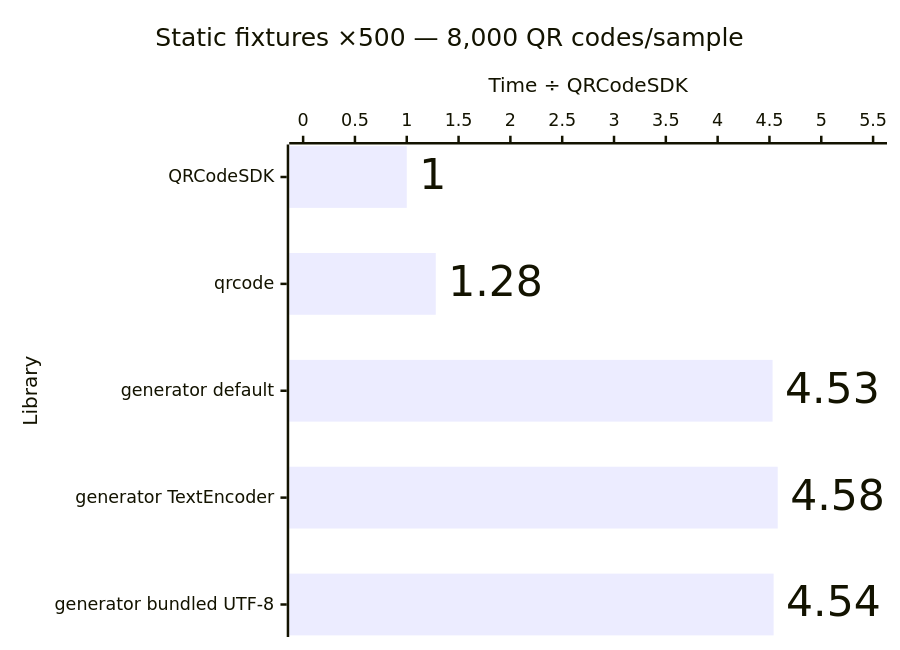
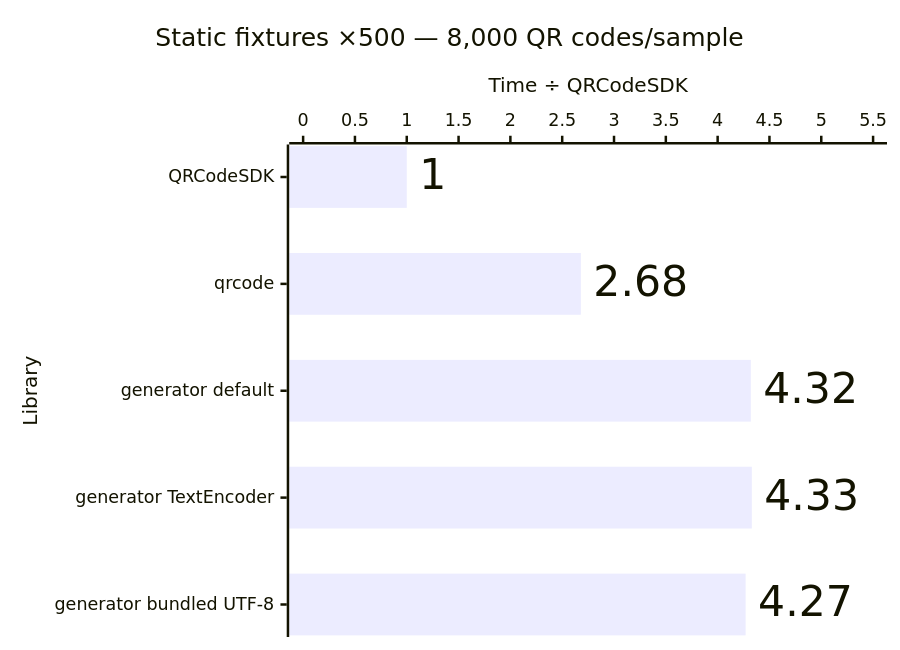
The fifth of 12 diagrams in apps/docs/src/content/docs/guides/performance.md (Dafnik/qrcodesdk), drawn with Mermaid before and after one commit. The commit also changed other lines of this file, not shown here.

````diff
--- a/apps/docs/src/content/docs/guides/performance.md
+++ b/apps/docs/src/content/docs/guides/performance.md
@@ -89,15 +89,15 @@
 ```mermaid
 ---
 config:
   xyChart:
     showDataLabel: true
     showDataLabelOutsideBar: true
 ---
 xychart horizontal
   accTitle: Matrix generation: Static fixtures ×500 — 8,000 QR codes/sample
-  accDescr: Relative median time compared with QRCodeSDK. QRCodeSDK 1.00 times, qrcode 1.28 times, generator default 4.53 times, generator TextEncoder 4.58 times, generator bundled UTF-8 4.54 times. Lower is better.
+  accDescr: Relative median time compared with QRCodeSDK. QRCodeSDK 1.00 times, qrcode 2.68 times, generator default 4.32 times, generator TextEncoder 4.33 times, generator bundled UTF-8 4.27 times. Lower is better.
   title "Static fixtures ×500 — 8,000 QR codes/sample"
   x-axis "Library" ["QRCodeSDK", "qrcode", "generator default", "generator TextEncoder", "generator bundled UTF-8"]
   y-axis "Time ÷ QRCodeSDK" 0 --> 5.5
-  bar [1.00, 1.28, 4.53, 4.58, 4.54]
+  bar [1.00, 2.68, 4.32, 4.33, 4.27]
 ```
````
